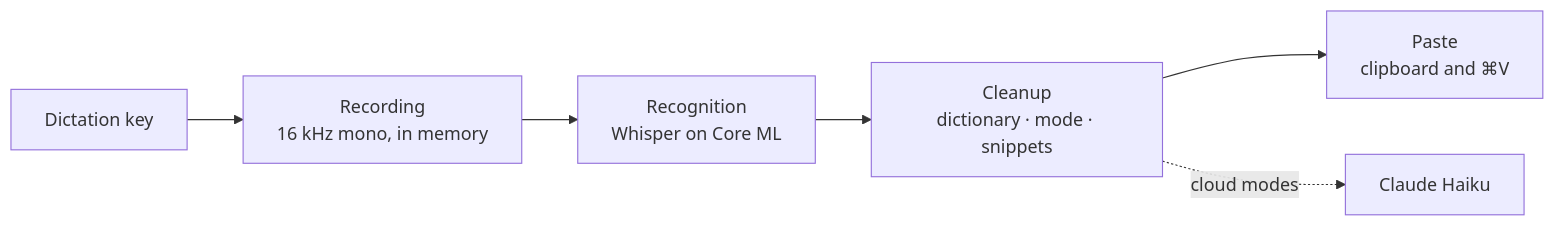
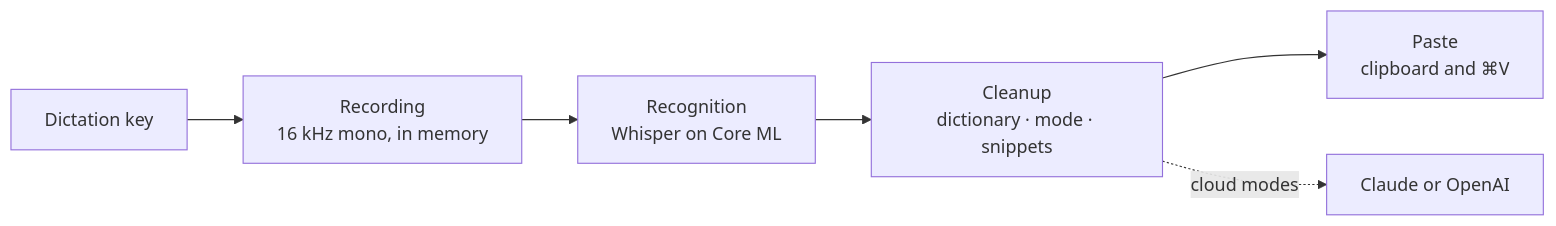
Before and after one commit to okoflow/dictate: the diagram in docs/how-it-works.md, drawn with Mermaid. The commit also changed other lines of this file and 33 other files, not shown here.

First line of the commit message:
feat: rewrite with OpenAI as well as Claude

````diff
--- a/docs/how-it-works.md
+++ b/docs/how-it-works.md
@@ -7,8 +7,8 @@
 ```mermaid
 flowchart LR
   key[Dictation key] --> recording[Recording<br/>16 kHz mono, in memory]
   recording --> recognition[Recognition<br/>Whisper on Core ML]
   recognition --> cleanup[Cleanup<br/>dictionary · mode · snippets]
   cleanup --> paste[Paste<br/>clipboard and ⌘V]
-  cleanup -. cloud modes .-> claude[Claude Haiku]
+  cleanup -. cloud modes .-> cloud[Claude or OpenAI]
 ```
````
